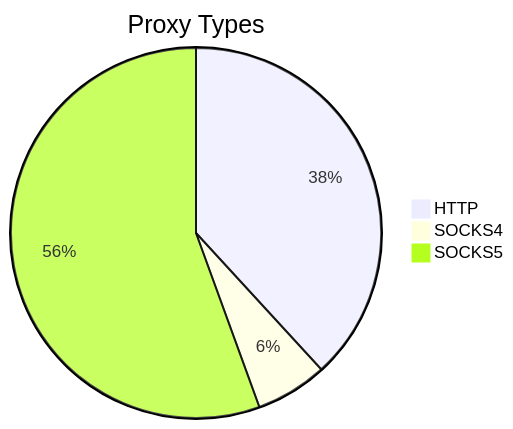
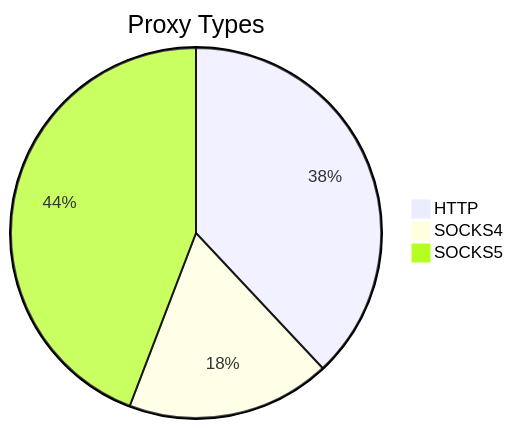
The first of 2 diagrams in README.md (stormsia/proxy-list), drawn with Mermaid before and after one commit. The commit also changed other lines of this file, not shown here.

````diff
--- a/README.md
+++ b/README.md
@@ -21,6 +21,6 @@
 ```mermaid
 pie title Proxy Types
-    "HTTP" : 134
-    "SOCKS4" : 22
-    "SOCKS5" : 195
+    "HTTP" : 111
+    "SOCKS4" : 52
+    "SOCKS5" : 129
 ```
````
